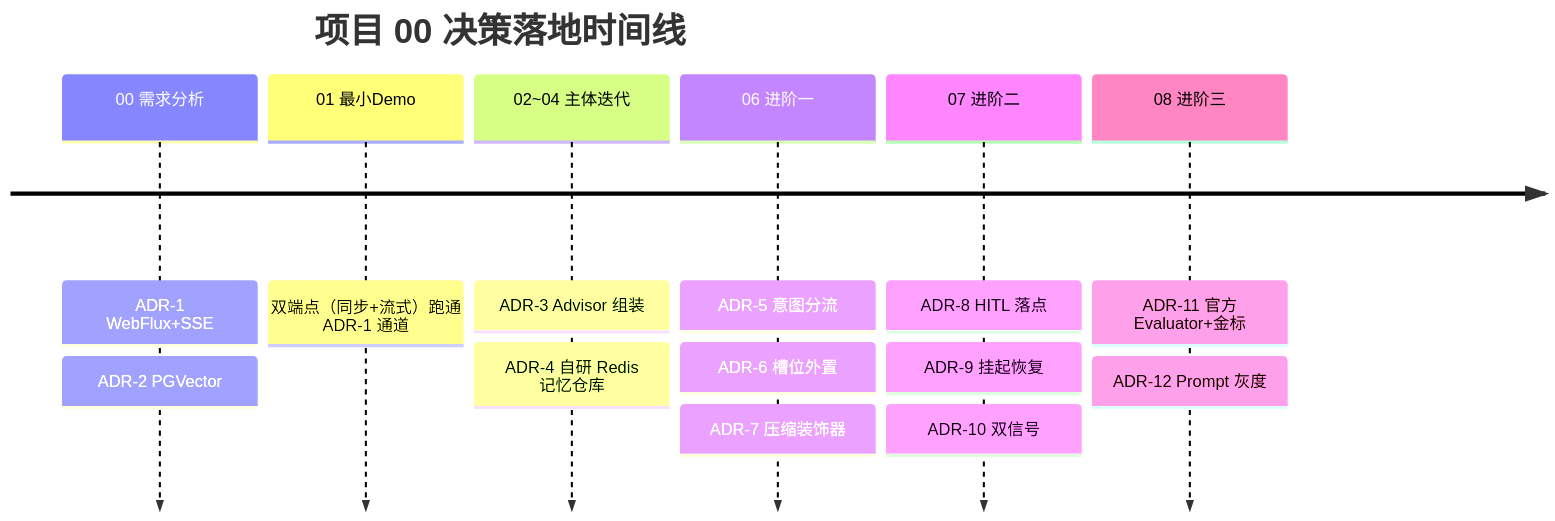
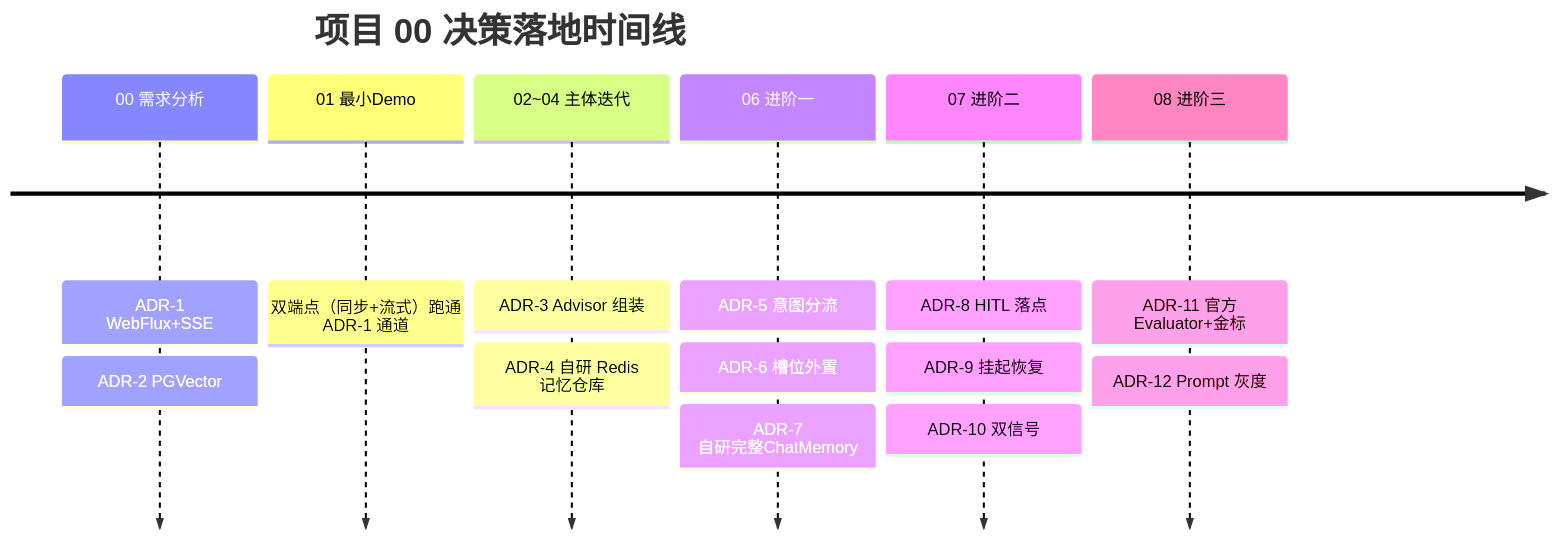
One commit to UranusGit/java-agent-learn changed the second of 3 diagrams in docs/项目/00-智能客服系统/09-ADR架构决策记录.md. Above: the diagram before and after it, drawn with Mermaid. The commit also changed other lines of this file and 11 other files, not shown here.

````diff
--- a/docs/项目/00-智能客服系统/09-ADR架构决策记录.md
+++ b/docs/项目/00-智能客服系统/09-ADR架构决策记录.md
@@ -162,10 +162,10 @@
 ```mermaid
 timeline
     title 项目 00 决策落地时间线
     00 需求分析 : ADR-1 WebFlux+SSE : ADR-2 PGVector
     01 最小Demo : 双端点（同步+流式）跑通 ADR-1 通道
     02~04 主体迭代 : ADR-3 Advisor 组装 : ADR-4 自研 Redis 记忆仓库
-    06 进阶一 : ADR-5 意图分流 : ADR-6 槽位外置 : ADR-7 压缩装饰器
+    06 进阶一 : ADR-5 意图分流 : ADR-6 槽位外置 : ADR-7 自研完整ChatMemory
     07 进阶二 : ADR-8 HITL 落点 : ADR-9 挂起恢复 : ADR-10 双信号
     08 进阶三 : ADR-11 官方 Evaluator+金标 : ADR-12 Prompt 灰度
 ```
````
